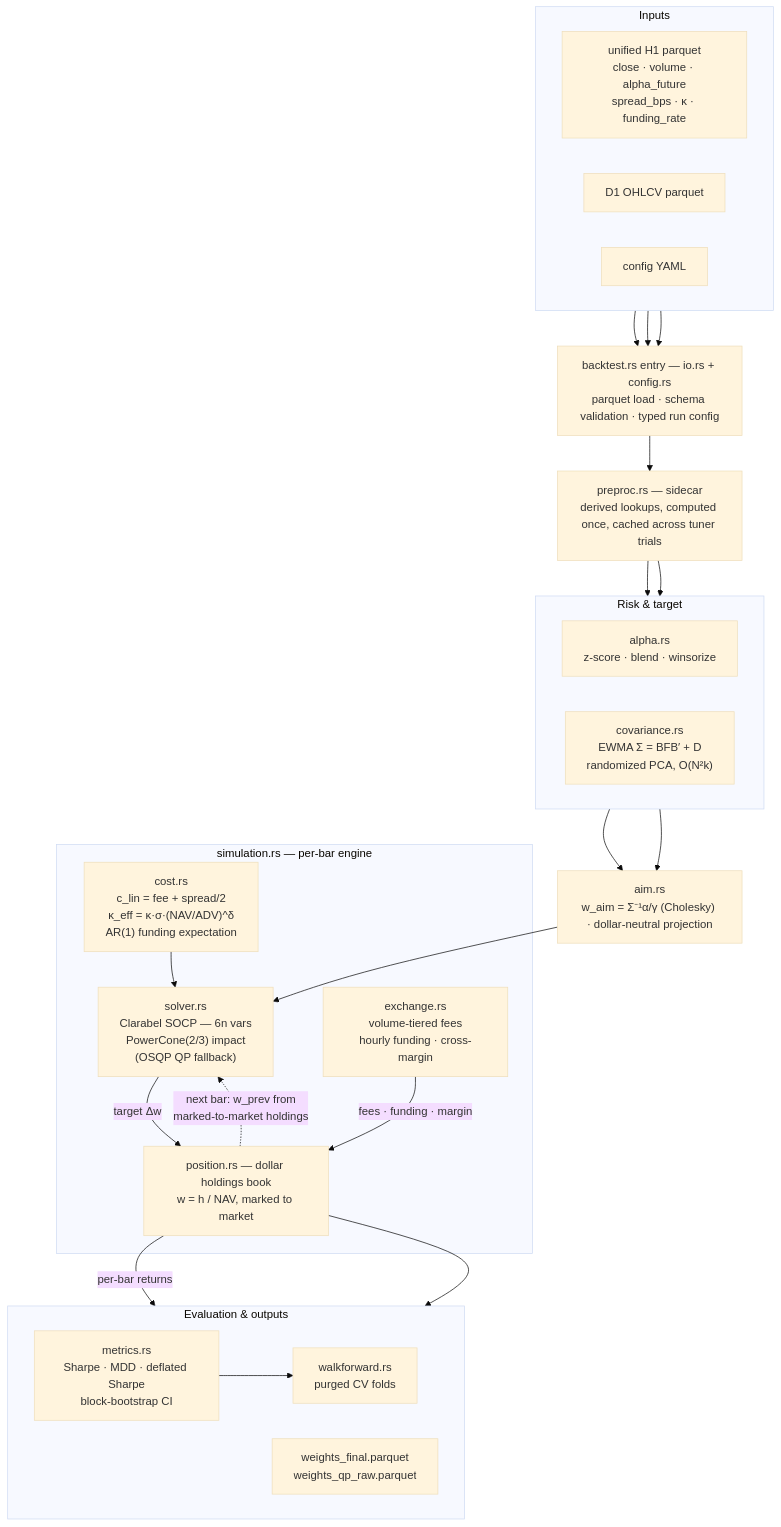
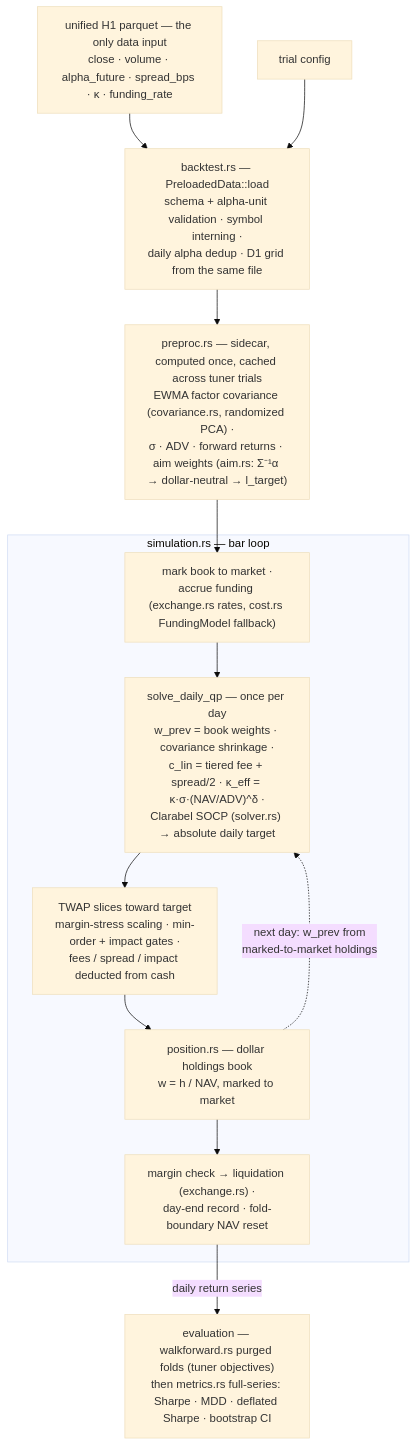
One commit to rux-eth/rumpy-execution changed the second of 2 diagrams in README.md. Above: the diagram before and after it, drawn with Mermaid (base theme). The commit also changed other lines of this file and 1 other file, not shown here.

Commit message:
README: correct pipeline narrative per adversarial code-vs-docs audit; drop dead osqp dep
An independent verification pass traced the actual execution path and
found the README (written partly from doc comments) wrong on: solve
cadence (daily, not per hourly bar — hourly bars are TWAP fill slices),
alpha preprocessing (happens upstream; alpha.rs blend has no in-crate
caller), the input surface (one unified H1 parquet — the D1 grid is
extracted from it, no second file), an OSQP fallback that does not exist
(dead dependency, legacy type alias — dependency removed), a turnover
cap that is actually a priced objective term, diagnostics snapshots that
are exported surface rather than wired, and a weights-parquet output
edge whose writer has no in-crate caller. Also: impact objective
coefficient is on the ReLU residual s (κ·t only in cone-only mode),
funding-into-alpha is opt-in (default off), cost coefficients are
computed in simulation.rs, aim is Σ⁻¹α rescaled to l_target (no γ),
walkforward runs before full-series metrics.

````diff
--- a/README.md
+++ b/README.md
@@ -41,54 +50,27 @@
 ```mermaid
 flowchart TB
-    subgraph IN["Inputs"]
-        direction LR
-        H1["unified H1 parquet<br/>close · volume · alpha_future<br/>spread_bps · κ · funding_rate"]
-        D1["D1 OHLCV parquet"]
-        YAML["config YAML"]
+    H1["unified H1 parquet — the only data input<br/>close · volume · alpha_future · spread_bps · κ · funding_rate"]
+    CFG["trial config"]
+    LOAD["backtest.rs — PreloadedData::load<br/>schema + alpha-unit validation · symbol interning ·<br/>daily alpha dedup · D1 grid from the same file"]
+    PRE["preproc.rs — sidecar, computed once, cached across tuner trials<br/>EWMA factor covariance (covariance.rs, randomized PCA) ·<br/>σ · ADV · forward returns · aim weights (aim.rs: Σ⁻¹α → dollar-neutral → l_target)"]
+
+    H1 --> LOAD
+    CFG --> LOAD
+    LOAD --> PRE
+
+    subgraph SIM["simulation.rs — bar loop"]
+        MTM["mark book to market ·<br/>accrue funding (exchange.rs rates, cost.rs FundingModel fallback)"]
+        QP["solve_daily_qp — once per day<br/>w_prev = book weights · covariance shrinkage ·<br/>c_lin = tiered fee + spread/2 · κ_eff = κ·σ·(NAV/ADV)^δ ·<br/>Clarabel SOCP (solver.rs) → absolute daily target"]
+        FILL["TWAP slices toward target<br/>margin-stress scaling · min-order + impact gates ·<br/>fees / spread / impact deducted from cash"]
+        BOOK["position.rs — dollar holdings book<br/>w = h / NAV, marked to market"]
+        RISK["margin check → liquidation (exchange.rs) ·<br/>day-end record · fold-boundary NAV reset"]
+        MTM --> QP --> FILL --> BOOK --> RISK
+        BOOK -.->|"next day: w_prev from<br/>marked-to-market holdings"| QP
     end
 
-    LOAD["backtest.rs entry — io.rs + config.rs<br/>parquet load · schema validation · typed run config"]
-    PRE["preproc.rs — sidecar<br/>derived lookups, computed once, cached across tuner trials"]
+    PRE --> MTM
 
-    H1 --> LOAD
-    D1 --> LOAD
-    YAML --> LOAD
-    LOAD --> PRE
+    EVAL["evaluation — walkforward.rs purged folds (tuner objectives)<br/>then metrics.rs full-series: Sharpe · MDD · deflated Sharpe · bootstrap CI"]
 
-    subgraph RISK["Risk & target"]
-        direction LR
-        ALPHA["alpha.rs<br/>z-score · blend · winsorize"]
-        COV["covariance.rs<br/>EWMA Σ = BFB′ + D<br/>randomized PCA, O(N²k)"]
-    end
-
-    AIM["aim.rs<br/>w_aim = Σ⁻¹α/γ (Cholesky) · dollar-neutral projection"]
-
-    PRE --> ALPHA
-    PRE --> COV
-    ALPHA --> AIM
-    COV --> AIM
-
-    subgraph SIM["simulation.rs — per-bar engine"]
-        COST["cost.rs<br/>c_lin = fee + spread/2<br/>κ_eff = κ·σ·(NAV/ADV)^δ<br/>AR(1) funding expectation"]
-        SOL["solver.rs<br/>Clarabel SOCP — 6n vars<br/>PowerCone(2/3) impact<br/>(OSQP QP fallback)"]
-        EXCH["exchange.rs<br/>volume-tiered fees<br/>hourly funding · cross-margin"]
-        BOOK["position.rs — dollar holdings book<br/>w = h / NAV, marked to market"]
-        COST --> SOL
-        SOL -->|"target Δw"| BOOK
-        EXCH -->|"fees · funding · margin"| BOOK
-        BOOK -.->|"next bar: w_prev from<br/>marked-to-market holdings"| SOL
-    end
-
-    AIM --> SOL
-
-    subgraph EVAL["Evaluation & outputs"]
-        direction LR
-        MET["metrics.rs<br/>Sharpe · MDD · deflated Sharpe<br/>block-bootstrap CI"]
-        WF["walkforward.rs<br/>purged CV folds"]
-        W["weights_final.parquet<br/>weights_qp_raw.parquet"]
-    end
-
-    BOOK -->|"per-bar returns"| MET
-    MET --> WF
-    BOOK --> W
+    RISK -->|"daily return series"| EVAL
 ```
````
